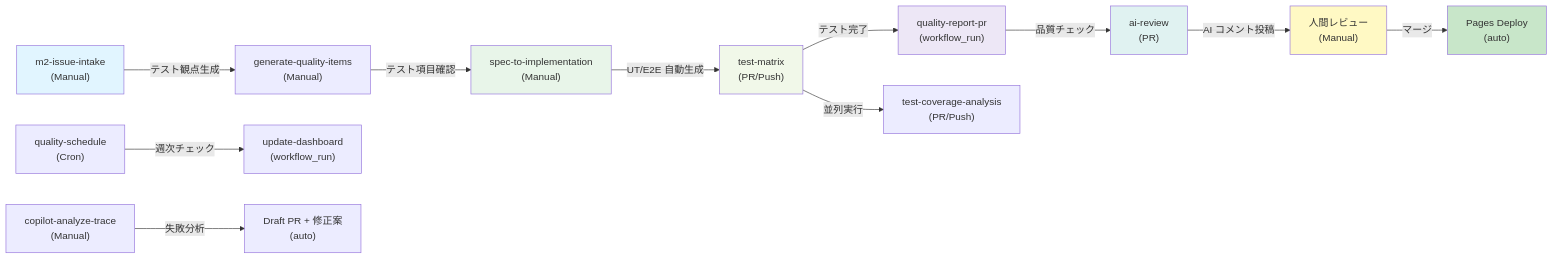
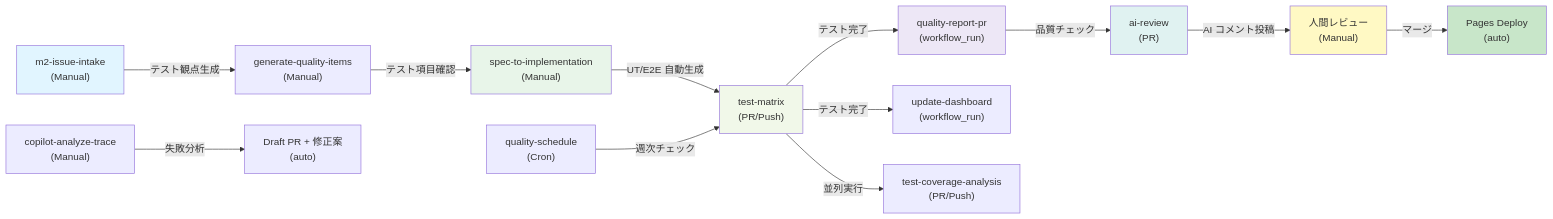
One commit to cocomomojo/copilot-quality-harness changed the first of 2 diagrams in README.md. Above: the diagram before and after it, drawn with Mermaid. The commit also changed other lines of this file and 1 other file, not shown here.

````diff
--- a/README.md
+++ b/README.md
@@ -154,21 +154,22 @@
 ```mermaid
 graph LR
     A["m2-issue-intake<br/>(Manual)"] -->|テスト観点生成| B["generate-quality-items<br/>(Manual)"]
     B -->|テスト項目確認| C["spec-to-implementation<br/>(Manual)"]
     C -->|UT/E2E 自動生成| D["test-matrix<br/>(PR/Push)"]
     D -->|テスト完了| E["quality-report-pr<br/>(workflow_run)"]
+    D -->|テスト完了| K["update-dashboard<br/>(workflow_run)"]
     D -->|並列実行| F["test-coverage-analysis<br/>(PR/Push)"]
     E -->|品質チェック| G["ai-review<br/>(PR)"]
     G -->|AI コメント投稿| H["人間レビュー<br/>(Manual)"]
     H -->|マージ| I["Pages Deploy<br/>(auto)"]
-    J["quality-schedule<br/>(Cron)"] -->|週次チェック| K["update-dashboard<br/>(workflow_run)"]
+    J["quality-schedule<br/>(Cron)"] -->|週次チェック| D
     L["copilot-analyze-trace<br/>(Manual)"] -->|失敗分析| M["Draft PR + 修正案<br/>(auto)"]
     
     style A fill:#e1f5ff
     style C fill:#e8f5e9
     style D fill:#f1f8e9
     style E fill:#ede7f6
     style G fill:#e0f2f1
     style I fill:#c8e6c9
     style H fill:#fff9c4
 ```
````
